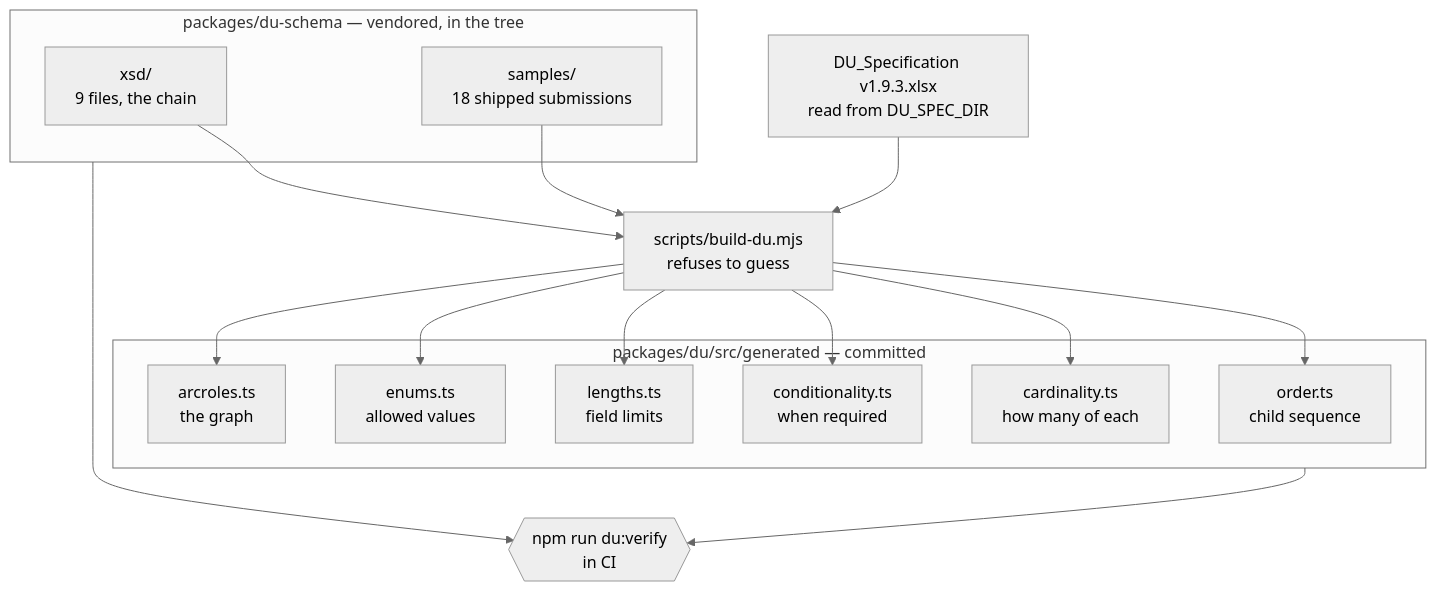
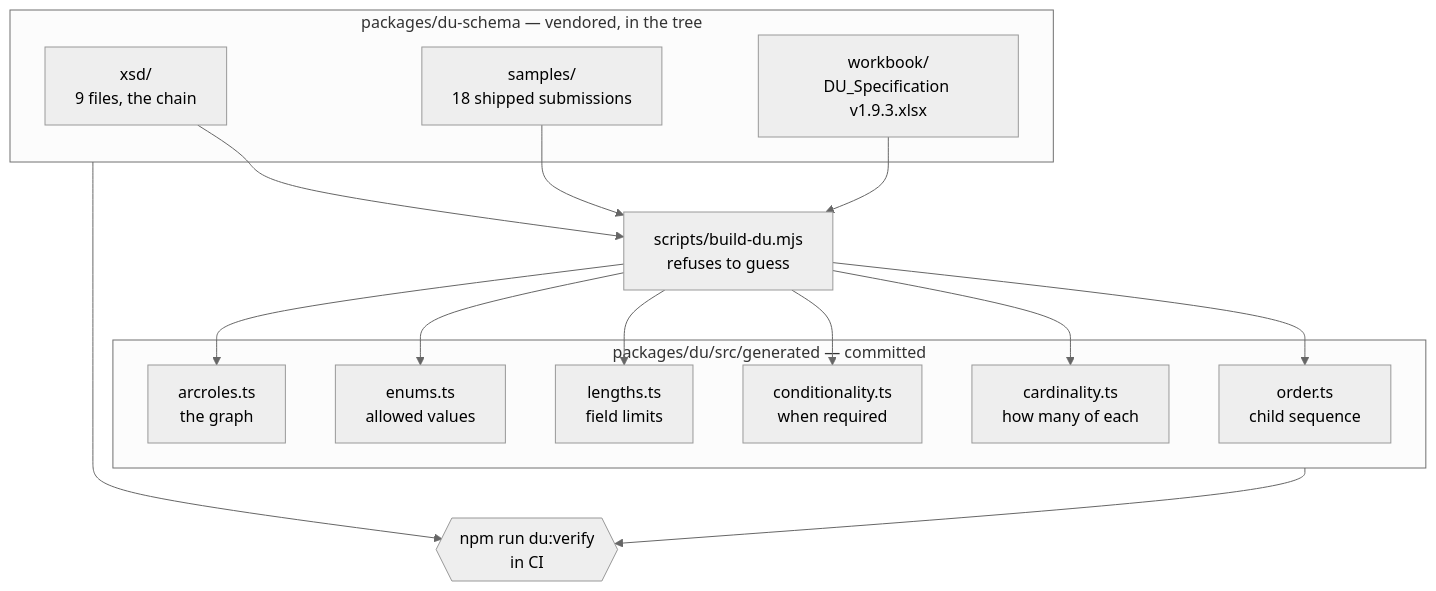
Before and after one commit to Walt-Home/Homestead-Mortgages: the diagram in docs/du-generation.md, drawn with Mermaid (neutral theme). The commit also changed other lines of this file and 17 other files, not shown here.

````diff
--- a/docs/du-generation.md
+++ b/docs/du-generation.md
@@ -13,36 +13,35 @@
 ```mermaid
 flowchart TB
   subgraph V["packages/du-schema — vendored, in the tree"]
     XSD["xsd/<br/>9 files, the chain"]
     SAMPLES["samples/<br/>18 shipped submissions"]
+    BOOK["workbook/<br/>DU_Specification v1.9.3.xlsx"]
   end
-
-  BOOK["DU_Specification v1.9.3.xlsx<br/>read from DU_SPEC_DIR"]
 
   BUILD["scripts/build-du.mjs<br/>refuses to guess"]
 
   subgraph G["packages/du/src/generated — committed"]
     ORDER["order.ts<br/>child sequence"]
     CARD["cardinality.ts<br/>how many of each"]
     COND["conditionality.ts<br/>when required"]
     LEN["lengths.ts<br/>field limits"]
     ENUM["enums.ts<br/>allowed values"]
     ARCS["arcroles.ts<br/>the graph"]
   end
 
   VERIFY{{"npm run du:verify<br/>in CI"}}
 
   XSD --> BUILD
   SAMPLES --> BUILD
   BOOK --> BUILD
 
   BUILD --> ORDER
   BUILD --> CARD
   BUILD --> COND
   BUILD --> LEN
   BUILD --> ENUM
   BUILD --> ARCS
 
   G --> VERIFY
   V --> VERIFY
 ```
````
